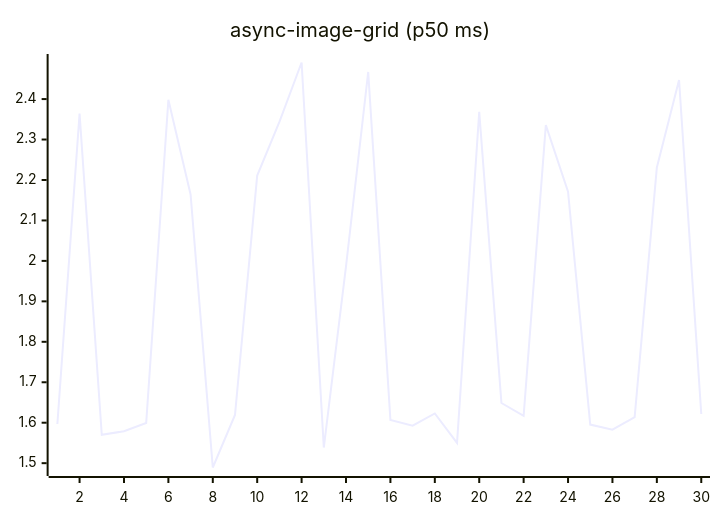
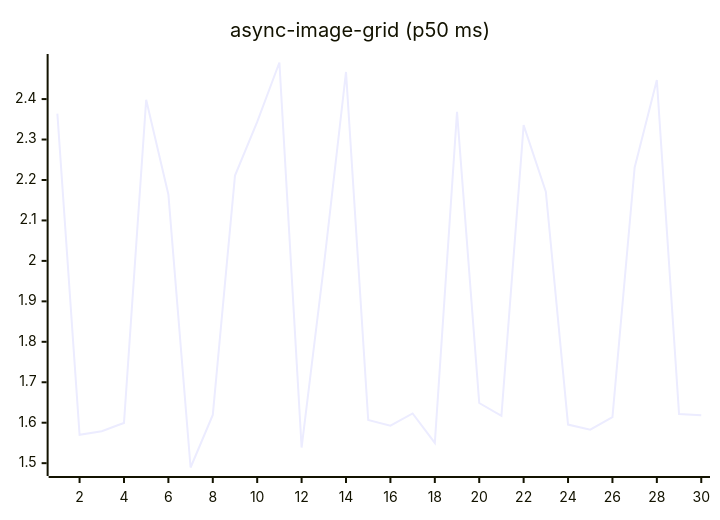
The fifth of 27 diagrams in README.md (josha/Facet), drawn with Mermaid before and after one commit. The commit also changed other lines of this file and 2 other files, not shown here.

````diff
--- a/README.md
+++ b/README.md
@@ -91,6 +91,6 @@
 ```mermaid
 xychart-beta
     title "async-image-grid (p50 ms)"
     x-axis 1 --> 30
-    line [1.5969, 2.3640, 1.5700, 1.5790, 1.5994, 2.3982, 2.1641, 1.4893, 1.6193, 2.2110, 2.3435, 2.4904, 1.5386, 1.9864, 2.4670, 1.6066, 1.5928, 1.6229, 1.5501, 2.3685, 1.6487, 1.6169, 2.3355, 2.1710, 1.5954, 1.5829, 1.6137, 2.2308, 2.4470, 1.6216]
+    line [2.3640, 1.5700, 1.5790, 1.5994, 2.3982, 2.1641, 1.4893, 1.6193, 2.2110, 2.3435, 2.4904, 1.5386, 1.9864, 2.4670, 1.6066, 1.5928, 1.6229, 1.5501, 2.3685, 1.6487, 1.6169, 2.3355, 2.1710, 1.5954, 1.5829, 1.6137, 2.2308, 2.4470, 1.6216, 1.6184]
 ```
````
